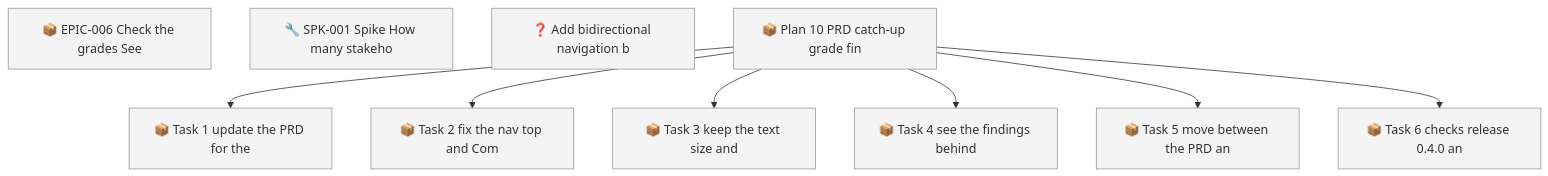
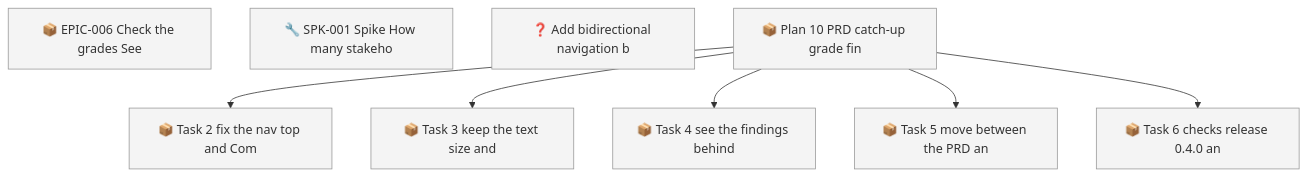
One commit to SpillwaveSolutions/prd-forge-viewer changed the first of 2 diagrams in docs/roadmap.md. Above: the diagram before and after it, drawn with Mermaid. The commit also changed other lines of this file and 64 other files, not shown here.

````diff
--- a/docs/roadmap.md
+++ b/docs/roadmap.md
@@ -70,21 +69,19 @@
 ```mermaid
 graph TD
     01M61XNM7GHPSJ1B96BCHA59ZE["📦 EPIC-006 Check the grades See"]
     01M61XNM9NY7F4D4V7400J56X9["🔧 SPK-001 Spike How many stakeho"]
     01M67NFZH5C1HWH4SBC22ZVXMS["❓ Add bidirectional navigation b"]
     01M67NH4X4JGDJB233B670SJFF["📦 Plan 10 PRD catch-up grade fin"]
-    01M67NH4XPWE52APES54MYFEV2["📦 Task 1 update the PRD for the"]
     01M67NH4XPWE52APES54MYFEV4["📦 Task 2 fix the nav top and Com"]
     01M67NH4XPWE52APES54MYFEV6["📦 Task 3 keep the text size and"]
     01M67NH4XPWE52APES54MYFEV8["📦 Task 4 see the findings behind"]
     01M67NH4XPWE52APES54MYFEVA["📦 Task 5 move between the PRD an"]
     01M67NH4XPWE52APES54MYFEVC["📦 Task 6 checks release 0.4.0 an"]
-    01M67NH4X4JGDJB233B670SJFF --> 01M67NH4XPWE52APES54MYFEV2
     01M67NH4X4JGDJB233B670SJFF --> 01M67NH4XPWE52APES54MYFEV4
     01M67NH4X4JGDJB233B670SJFF --> 01M67NH4XPWE52APES54MYFEV6
     01M67NH4X4JGDJB233B670SJFF --> 01M67NH4XPWE52APES54MYFEV8
     01M67NH4X4JGDJB233B670SJFF --> 01M67NH4XPWE52APES54MYFEVA
     01M67NH4X4JGDJB233B670SJFF --> 01M67NH4XPWE52APES54MYFEVC
     classDef todo fill:#f4f4f4,stroke:#999999
-    class 01M61XNM7GHPSJ1B96BCHA59ZE,01M61XNM9NY7F4D4V7400J56X9,01M67NFZH5C1HWH4SBC22ZVXMS,01M67NH4X4JGDJB233B670SJFF,01M67NH4XPWE52APES54MYFEV2,01M67NH4XPWE52APES54MYFEV4,01M67NH4XPWE52APES54MYFEV6,01M67NH4XPWE52APES54MYFEV8,01M67NH4XPWE52APES54MYFEVA,01M67NH4XPWE52APES54MYFEVC todo
+    class 01M61XNM7GHPSJ1B96BCHA59ZE,01M61XNM9NY7F4D4V7400J56X9,01M67NFZH5C1HWH4SBC22ZVXMS,01M67NH4X4JGDJB233B670SJFF,01M67NH4XPWE52APES54MYFEV4,01M67NH4XPWE52APES54MYFEV6,01M67NH4XPWE52APES54MYFEV8,01M67NH4XPWE52APES54MYFEVA,01M67NH4XPWE52APES54MYFEVC todo
 ```
````
